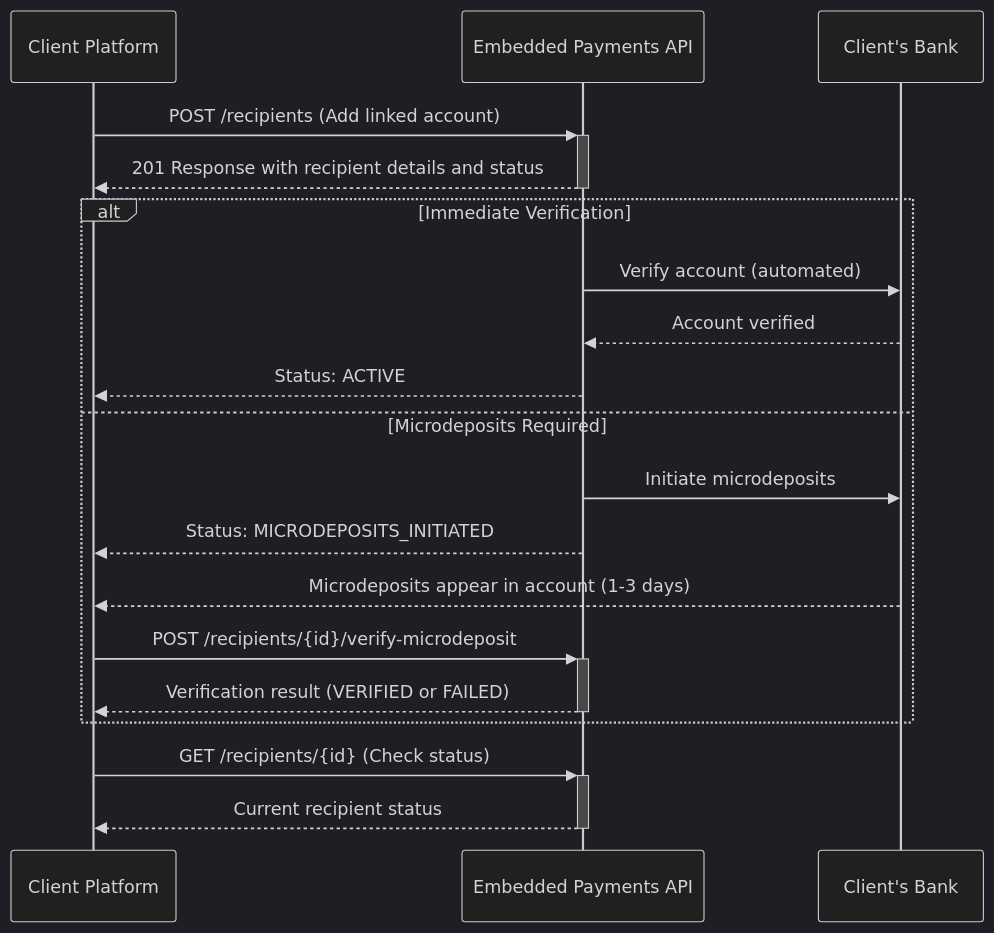
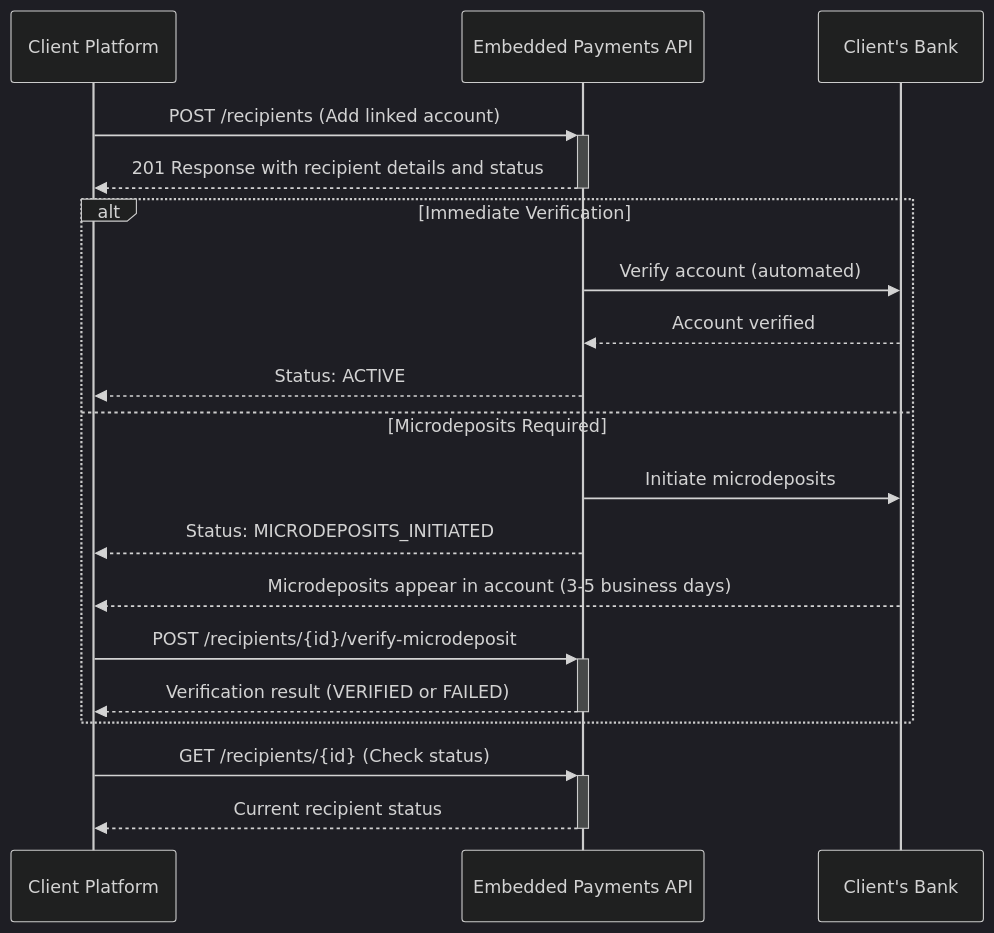
Before and after one commit to jpmorgan-payments/embedded-finance: the diagram in embedded-components/docs/LINKED_ACCOUNTS_RECIPE.md, drawn with Mermaid (dark theme). The commit also changed other lines of this file and 153 other files, not shown here.

````diff
--- a/embedded-components/docs/LINKED_ACCOUNTS_RECIPE.md
+++ b/embedded-components/docs/LINKED_ACCOUNTS_RECIPE.md
@@ -13,22 +13,22 @@
 ```mermaid
 sequenceDiagram
     participant C as Client Platform
     participant E as Embedded Payments API
     participant B as Client's Bank
 
     C->>+E: POST /recipients (Add linked account)
     E-->>-C: 201 Response with recipient details and status
     alt Immediate Verification
         E->>B: Verify account (automated)
         B-->>E: Account verified
         E-->>C: Status: ACTIVE
     else Microdeposits Required
         E->>B: Initiate microdeposits
         E-->>C: Status: MICRODEPOSITS_INITIATED
-        B-->>C: Microdeposits appear in account (1-3 days)
+        B-->>C: Microdeposits appear in account (3-5 business days)
         C->>+E: POST /recipients/{id}/verify-microdeposit
         E-->>-C: Verification result (VERIFIED or FAILED)
     end
     C->>+E: GET /recipients/{id} (Check status)
     E-->>-C: Current recipient status
 ```
````
